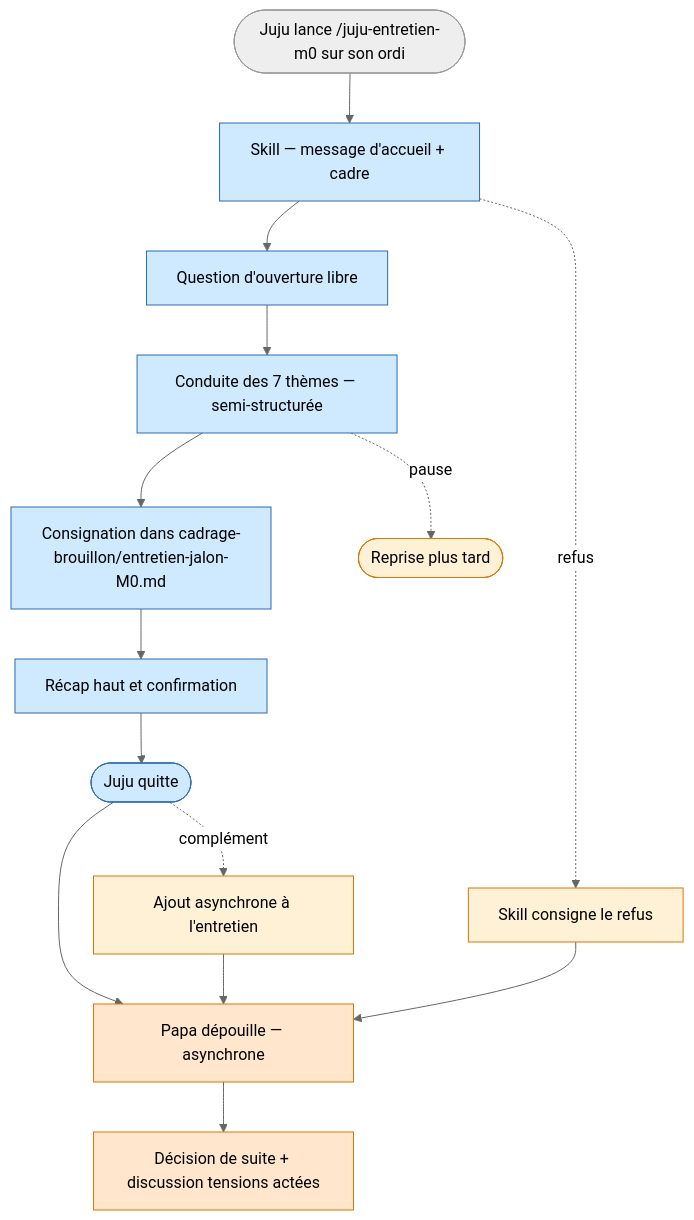
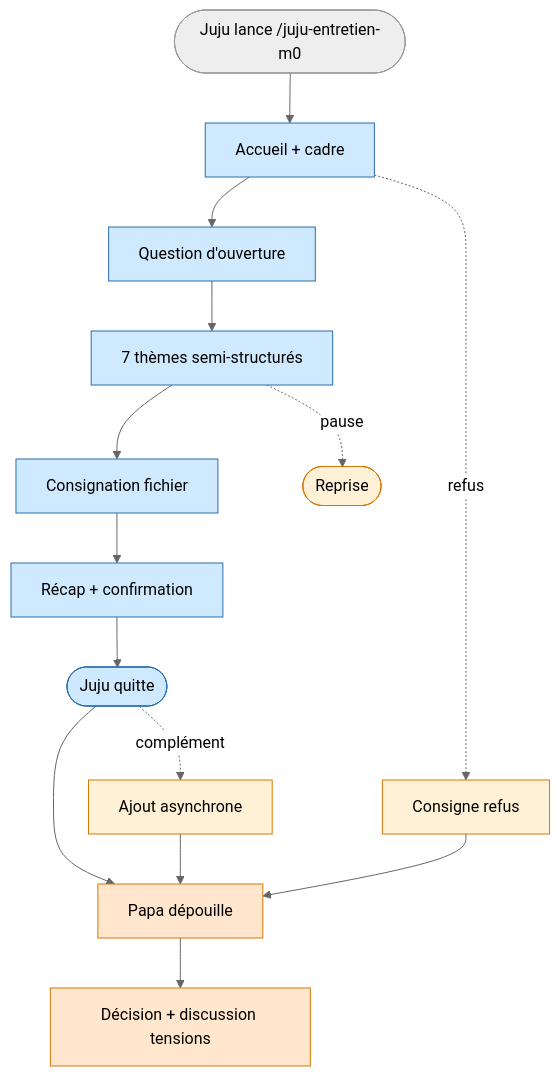
One commit to tnansot/juju-aviatrice changed the diagram in docs/02-discovery/journeys/journey-entretien-jalon-m0.md. Above: the diagram before and after it, drawn with Mermaid (neutral theme). The commit also changed other lines of this file and 11 other files, not shown here.

````diff
--- a/docs/02-discovery/journeys/journey-entretien-jalon-m0.md
+++ b/docs/02-discovery/journeys/journey-entretien-jalon-m0.md
@@ -158,22 +58,22 @@
 ```mermaid
 flowchart TD
-    Start([Juju lance /juju-entretien-m0 sur son ordi]) --> S1[Skill — message d'accueil + cadre]
-    S1 --> S2[Question d'ouverture libre]
-    S2 --> S3[Conduite des 7 thèmes — semi-structurée]
-    S3 --> S4[Consignation dans cadrage-brouillon/entretien-jalon-M0.md]
-    S4 --> S5[Récap haut et confirmation]
+    Start([Juju lance /juju-entretien-m0]) --> S1[Accueil + cadre]
+    S1 --> S2[Question d'ouverture]
+    S2 --> S3[7 thèmes semi-structurés]
+    S3 --> S4[Consignation fichier]
+    S4 --> S5[Récap + confirmation]
     S5 --> S6([Juju quitte])
-    S6 --> S7[Papa dépouille — asynchrone]
-    S7 --> S8[Décision de suite + discussion tensions actées]
+    S6 --> S7[Papa dépouille]
+    S7 --> S8[Décision + discussion tensions]
 
-    S3 -. pause .-> Reprise([Reprise plus tard])
-    S6 -. complément .-> Add[Ajout asynchrone à l'entretien] --> S7
-    S1 -. refus .-> Refus[Skill consigne le refus] --> S7
+    S3 -. pause .-> Reprise([Reprise])
+    S6 -. complément .-> Add[Ajout asynchrone] --> S7
+    S1 -. refus .-> Refus[Consigne refus] --> S7
 
     classDef m0 fill:#cfe9ff,stroke:#2b6cb0
     classDef papa fill:#ffe6cc,stroke:#d97706
     classDef alt fill:#fff1d6,stroke:#d97706
     class S1,S2,S3,S4,S5,S6 m0
     class S7,S8 papa
     class Add,Refus,Reprise alt
 ```
````
